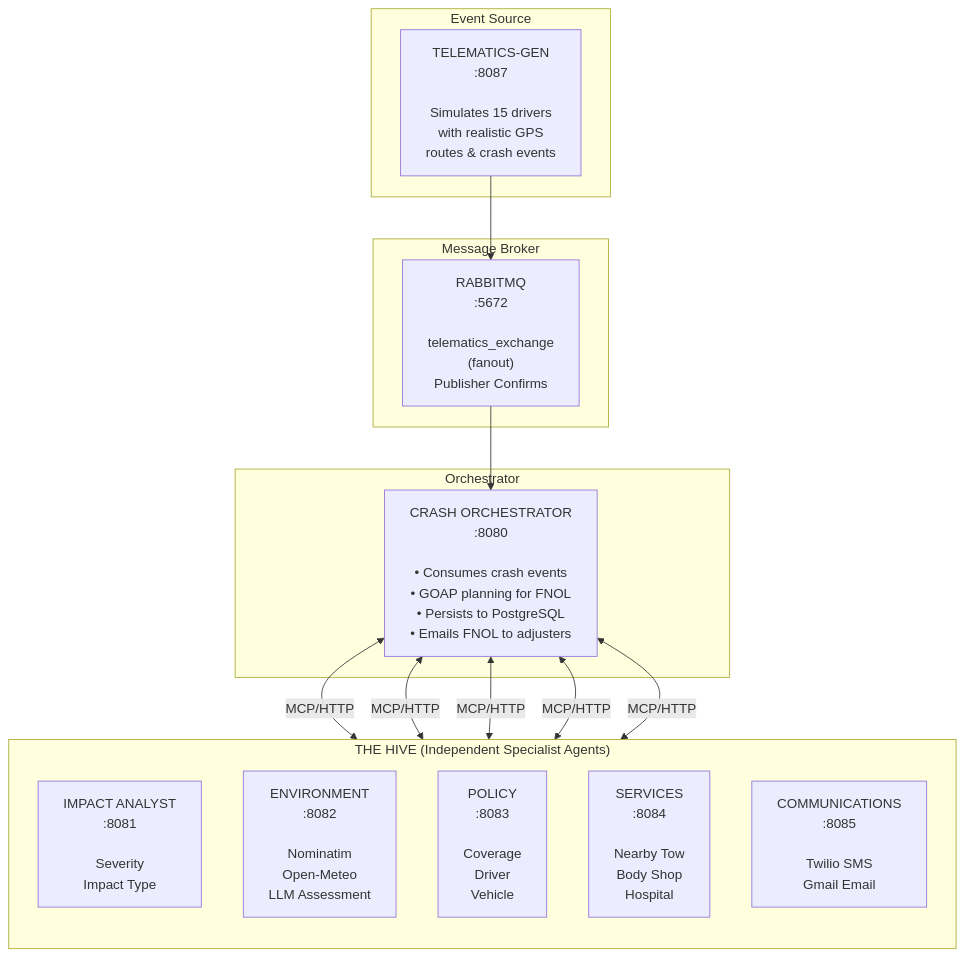
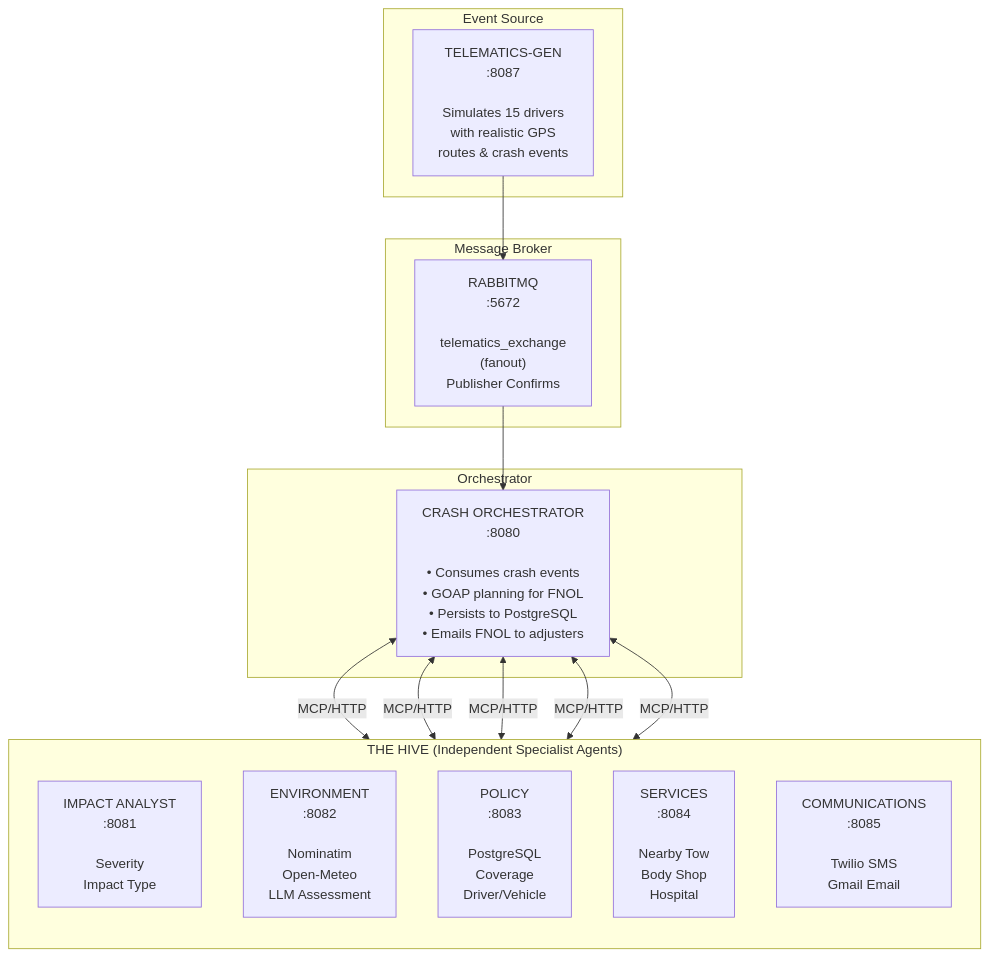
The first of 2 diagrams in README.md (dbbaskette/imc-crash), drawn with Mermaid before and after one commit. The commit also changed other lines of this file and 4 other files, not shown here.

````diff
--- a/README.md
+++ b/README.md
@@ -24,31 +24,31 @@
 ```mermaid
 flowchart TB
     subgraph Input["Event Source"]
         TG["TELEMATICS-GEN<br/>:8087<br/><br/>Simulates 15 drivers<br/>with realistic GPS<br/>routes & crash events"]
     end
 
     subgraph Messaging["Message Broker"]
         RMQ["RABBITMQ<br/>:5672<br/><br/>telematics_exchange<br/>(fanout)<br/>Publisher Confirms"]
     end
 
     subgraph Orchestration["Orchestrator"]
         ORCH["CRASH ORCHESTRATOR<br/>:8080<br/><br/>• Consumes crash events<br/>• GOAP planning for FNOL<br/>• Persists to PostgreSQL<br/>• Emails FNOL to adjusters"]
     end
 
     TG --> RMQ --> ORCH
 
     subgraph Hive["THE HIVE (Independent Specialist Agents)"]
         direction TB
         IA["IMPACT ANALYST<br/>:8081<br/><br/>Severity<br/>Impact Type"]
         ENV["ENVIRONMENT<br/>:8082<br/><br/>Nominatim<br/>Open-Meteo<br/>LLM Assessment"]
-        POL["POLICY<br/>:8083<br/><br/>Coverage<br/>Driver<br/>Vehicle"]
+        POL["POLICY<br/>:8083<br/><br/>PostgreSQL<br/>Coverage<br/>Driver/Vehicle"]
         SVC["SERVICES<br/>:8084<br/><br/>Nearby Tow<br/>Body Shop<br/>Hospital"]
         COM["COMMUNICATIONS<br/>:8085<br/><br/>Twilio SMS<br/>Gmail Email"]
     end
 
     ORCH <--> |"MCP/HTTP"| IA
     ORCH <--> |"MCP/HTTP"| ENV
     ORCH <--> |"MCP/HTTP"| POL
     ORCH <--> |"MCP/HTTP"| SVC
     ORCH <--> |"MCP/HTTP"| COM
 ```
````
